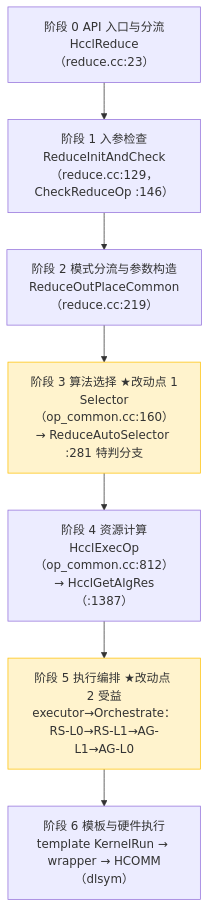
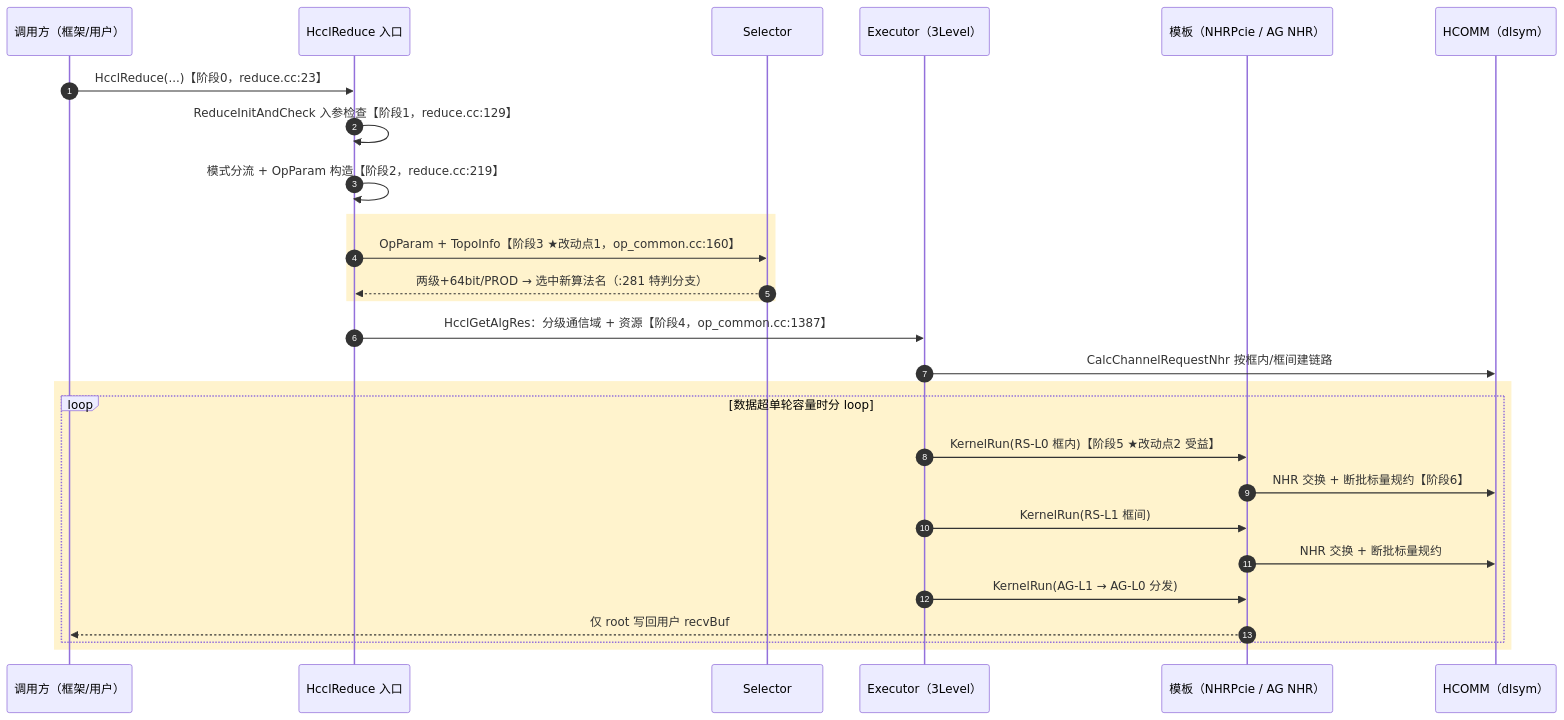
One commit to cassielee-tech/my-lib changed the third of 5 diagrams in design/26RP4/Reduce 64bit+特殊规约分级算法/srs&sd.md. Above: the diagram before and after it, drawn with Mermaid. The commit also changed other lines of this file, not shown here.

````diff
--- a/design/26RP4/Reduce 64bit+特殊规约分级算法/srs&sd.md
+++ b/design/26RP4/Reduce 64bit+特殊规约分级算法/srs&sd.md
@@ -148,11 +148,29 @@
 ```mermaid
-flowchart TD
-    S0["阶段 0 API 入口与分流<br/>HcclReduce（reduce.cc:23）"] --> S1["阶段 1 入参检查<br/>ReduceInitAndCheck（reduce.cc:129，CheckReduceOp :146）"]
-    S1 --> S2["阶段 2 模式分流与参数构造<br/>ReduceOutPlaceCommon（reduce.cc:219）"]
-    S2 --> S3["阶段 3 算法选择 ★改动点 1<br/>Selector（op_common.cc:160）<br/>→ ReduceAutoSelector :281 特判分支"]
-    S3 --> S4["阶段 4 资源计算<br/>HcclExecOp（op_common.cc:812）→ HcclGetAlgRes（:1387）"]
-    S4 --> S5["阶段 5 执行编排 ★改动点 2 受益<br/>executor→Orchestrate：RS-L0→RS-L1→AG-L1→AG-L0"]
-    S5 --> S6["阶段 6 模板与硬件执行<br/>template KernelRun → wrapper → HCOMM（dlsym）"]
-    style S3 fill:#fff3cd,stroke:#ffc107
-    style S5 fill:#fff3cd,stroke:#ffc107
+sequenceDiagram
+    autonumber
+    participant U as 调用方（框架/用户）
+    participant API as HcclReduce 入口
+    participant SEL as Selector
+    participant EXE as Executor（3Level）
+    participant TPL as 模板（NHRPcie / AG NHR）
+    participant HC as HCOMM（dlsym）
+    U->>API: HcclReduce(...)【阶段0，reduce.cc:23】
+    API->>API: ReduceInitAndCheck 入参检查【阶段1，reduce.cc:129】
+    API->>API: 模式分流 + OpParam 构造【阶段2，reduce.cc:219】
+    rect rgb(255,243,205)
+        API->>SEL: OpParam + TopoInfo【阶段3 ★改动点1，op_common.cc:160】
+        SEL-->>API: 两级+64bit/PROD → 选中新算法名（:281 特判分支）
+    end
+    API->>EXE: HcclGetAlgRes：分级通信域 + 资源【阶段4，op_common.cc:1387】
+    EXE->>HC: CalcChannelRequestNhr 按框内/框间建链路
+    rect rgb(255,243,205)
+        loop 数据超单轮容量时分 loop
+            EXE->>TPL: KernelRun(RS-L0 框内)【阶段5 ★改动点2 受益】
+            TPL->>HC: NHR 交换 + 断批标量规约【阶段6】
+            EXE->>TPL: KernelRun(RS-L1 框间)
+            TPL->>HC: NHR 交换 + 断批标量规约
+            EXE->>TPL: KernelRun(AG-L1 → AG-L0 分发)
+            TPL-->>U: 仅 root 写回用户 recvBuf
+        end
+    end
 ```
````
